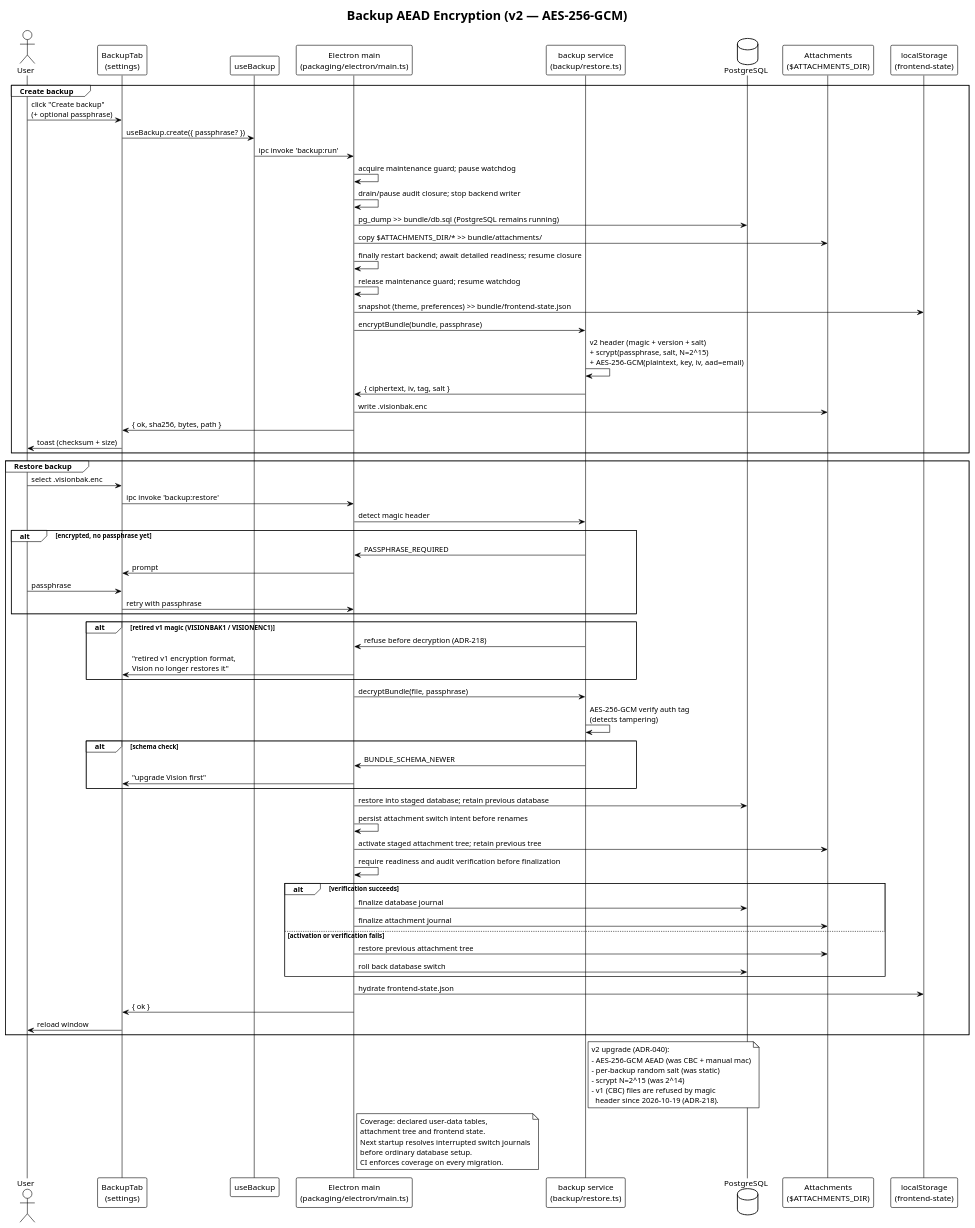
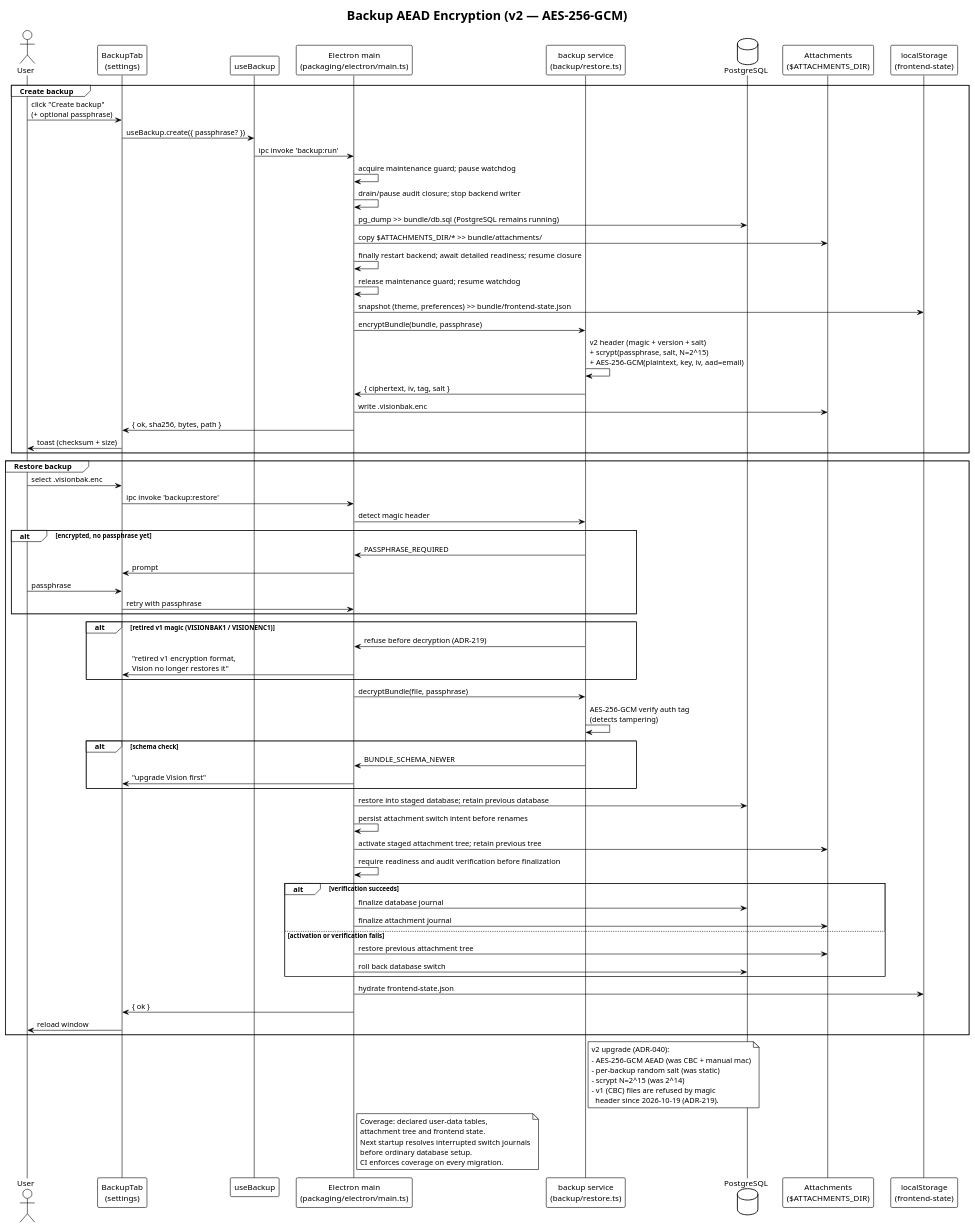
The diagram in docs/diagrams/backup-aead-encryption.puml (EraPartner/Vision), drawn with PlantUML before and after one commit. The commit also changed 20 other files, not shown here.

```diff
--- a/docs/diagrams/backup-aead-encryption.puml
+++ b/docs/diagrams/backup-aead-encryption.puml
@@ -1,90 +1,90 @@
 @startuml Backup AEAD Encryption (v2)
 title Backup AEAD Encryption (v2 — AES-256-GCM)
 
 !theme plain
 skinparam participantSpacing 10
 skinparam ranksep 50
 
 actor "User" as User
 
 participant "BackupTab\n(settings)" as UI
 participant "useBackup" as Hook
 participant "Electron main\n(packaging/electron/main.ts)" as Main
 participant "backup service\n(backup/restore.ts)" as Backup
 database  "PostgreSQL" as DB
 participant "Attachments\n($ATTACHMENTS_DIR)" as Files
 participant "localStorage\n(frontend-state)" as LS
 
 group Create backup
   User -> UI : click "Create backup"\n(+ optional passphrase)
   UI -> Hook : useBackup.create({ passphrase? })
   Hook -> Main : ipc invoke 'backup:run'
   Main -> Main : acquire maintenance guard; pause watchdog
   Main -> Main : drain/pause audit closure; stop backend writer
   Main -> DB   : pg_dump >> bundle/db.sql (PostgreSQL remains running)
   Main -> Files: copy $ATTACHMENTS_DIR/* >> bundle/attachments/
   Main -> Main : finally restart backend; await detailed readiness; resume closure
   Main -> Main : release maintenance guard; resume watchdog
   Main -> LS   : snapshot (theme, preferences) >> bundle/frontend-state.json
   Main -> Backup: encryptBundle(bundle, passphrase)
   Backup -> Backup : v2 header (magic + version + salt)\n+ scrypt(passphrase, salt, N=2^15)\n+ AES-256-GCM(plaintext, key, iv, aad=email)
   Backup -> Main : { ciphertext, iv, tag, salt }
   Main -> Files : write .visionbak.enc
   Main -> UI    : { ok, sha256, bytes, path }
   UI -> User    : toast (checksum + size)
 end
 
 group Restore backup
   User -> UI    : select .visionbak.enc
   UI -> Main    : ipc invoke 'backup:restore'
   Main -> Backup: detect magic header
   alt encrypted, no passphrase yet
     Backup -> Main : PASSPHRASE_REQUIRED
     Main -> UI     : prompt
     User -> UI     : passphrase
     UI -> Main     : retry with passphrase
   end
   alt retired v1 magic (VISIONBAK1 / VISIONENC1)
-    Backup -> Main : refuse before decryption (ADR-218)
+    Backup -> Main : refuse before decryption (ADR-219)
     Main -> UI     : "retired v1 encryption format,\nVision no longer restores it"
   end
   Main -> Backup : decryptBundle(file, passphrase)
   Backup -> Backup : AES-256-GCM verify auth tag\n(detects tampering)
   alt schema check
     Backup -> Main : BUNDLE_SCHEMA_NEWER
     Main -> UI     : "upgrade Vision first"
   end
   Main -> DB    : restore into staged database; retain previous database
   Main -> Main  : persist attachment switch intent before renames
   Main -> Files : activate staged attachment tree; retain previous tree
   Main -> Main  : require readiness and audit verification before finalization
   alt verification succeeds
     Main -> DB : finalize database journal
     Main -> Files : finalize attachment journal
   else activation or verification fails
     Main -> Files : restore previous attachment tree
     Main -> DB : roll back database switch
   end
   Main -> LS    : hydrate frontend-state.json
   Main -> UI    : { ok }
   UI -> User    : reload window
 end
 
 note right of Backup
   v2 upgrade (ADR-040):
   - AES-256-GCM AEAD (was CBC + manual mac)
   - per-backup random salt (was static)
   - scrypt N=2^15 (was 2^14)
   - v1 (CBC) files are refused by magic
-    header since 2026-10-19 (ADR-218).
+    header since 2026-10-19 (ADR-219).
 end note
 
 note right of Main
   Coverage: declared user-data tables,
   attachment tree and frontend state.
   Next startup resolves interrupted switch journals
   before ordinary database setup.
   CI enforces coverage on every migration.
 end note
 
 @enduml
```
